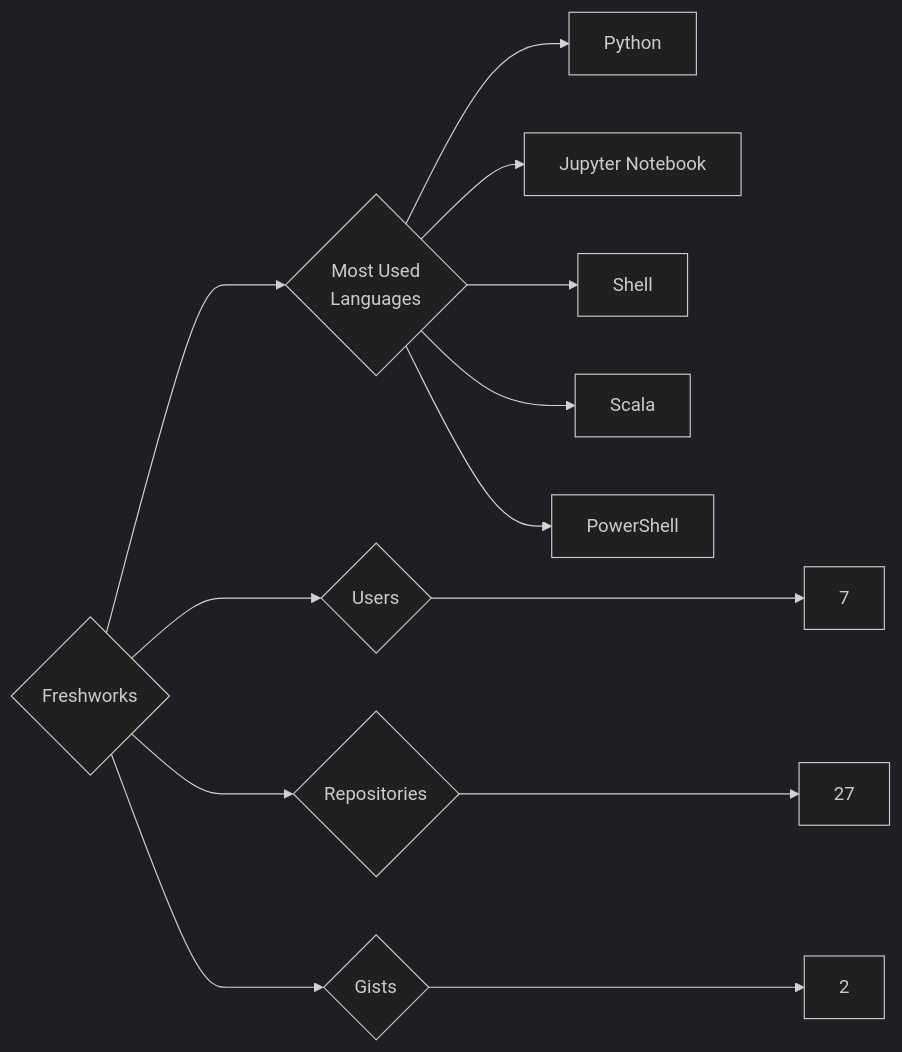
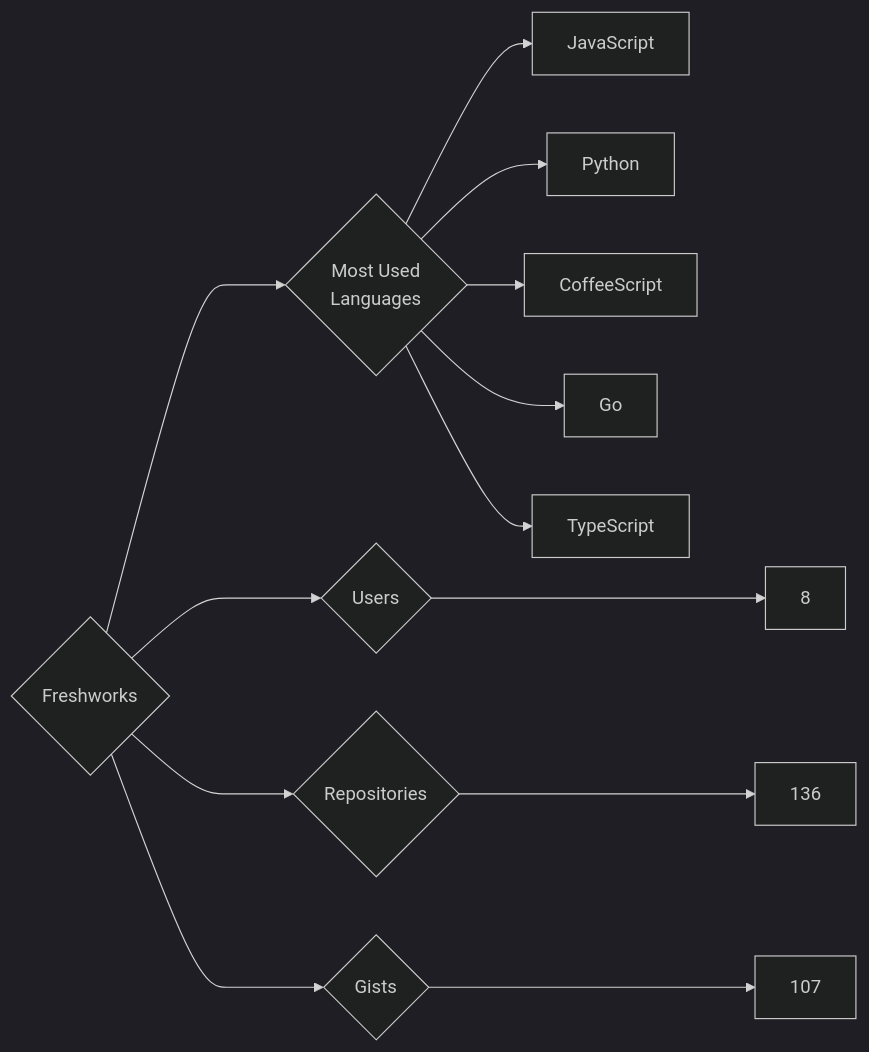
Before and after one commit to trickest/insiders: the diagram in targets/Freshworks/README.md, drawn with Mermaid (dark theme). The commit also changed 1055 other files, not shown here.

````diff
--- a/targets/Freshworks/README.md
+++ b/targets/Freshworks/README.md
@@ -3,13 +3,13 @@
 ```mermaid
 graph LR
 COMPANY_NAME{Freshworks}
-COMPANY_NAME ---> U{Users} ---> UN[7]
-COMPANY_NAME ---> R{Repositories} ---> RN[27]
-COMPANY_NAME ---> G{Gists} ---> GN[2]
+COMPANY_NAME ---> U{Users} ---> UN[8]
+COMPANY_NAME ---> R{Repositories} ---> RN[136]
+COMPANY_NAME ---> G{Gists} ---> GN[107]
 COMPANY_NAME ---> ML{Most Used<br>Languages}
+ML --> JavaScript[JavaScript]
 ML --> Python[Python]
-ML --> Jupyter_Notebook[Jupyter Notebook]
-ML --> Shell[Shell]
-ML --> Scala[Scala]
-ML --> PowerShell[PowerShell]
+ML --> CoffeeScript[CoffeeScript]
+ML --> Go[Go]
+ML --> TypeScript[TypeScript]
 ```
````
